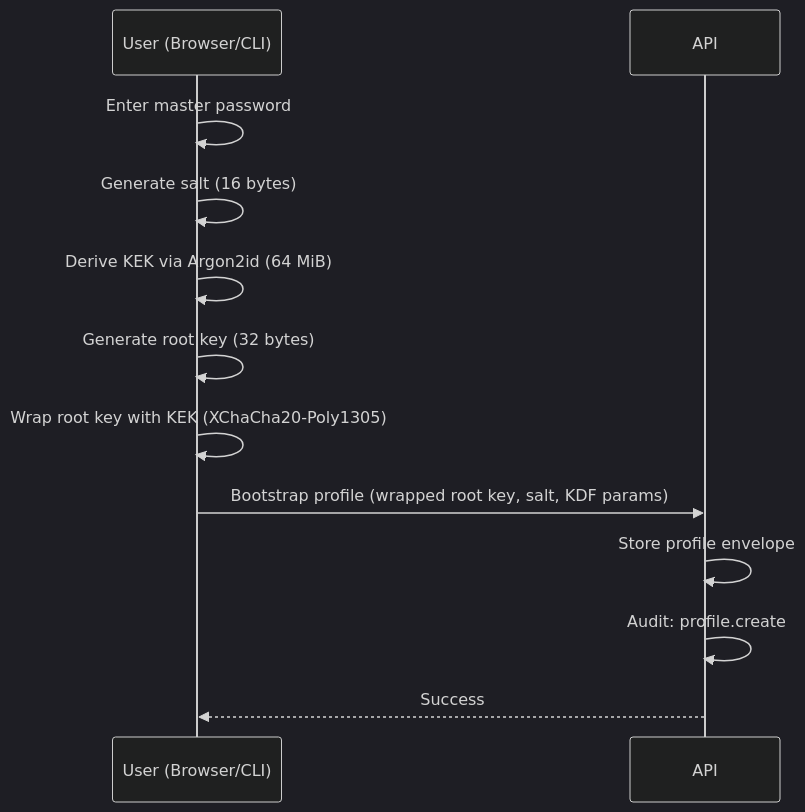
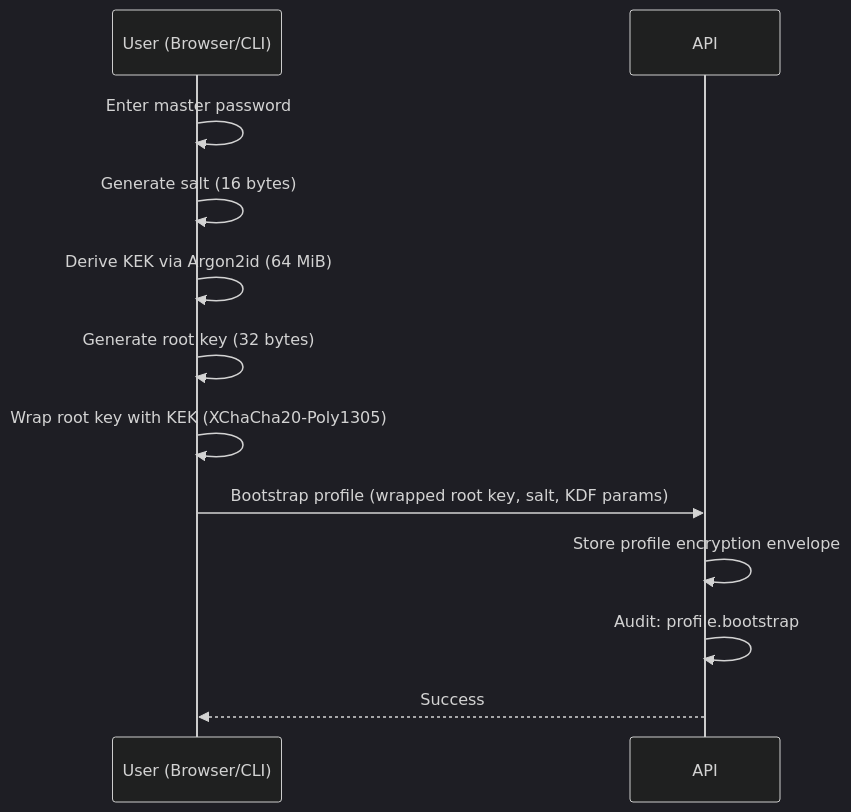
One commit to punitarani/abadge changed the ninth of 16 diagrams in apps/docs/workflows/flows.mdx. Above: the diagram before and after it, drawn with Mermaid (dark theme). The commit also changed other lines of this file and 217 other files, not shown here.

````diff
--- a/apps/docs/workflows/flows.mdx
+++ b/apps/docs/workflows/flows.mdx
@@ -177,15 +206,15 @@
 ```mermaid
 sequenceDiagram
   participant User as User (Browser/CLI)
   participant API as API
 
   User->>User: Enter master password
   User->>User: Generate salt (16 bytes)
   User->>User: Derive KEK via Argon2id (64 MiB)
   User->>User: Generate root key (32 bytes)
   User->>User: Wrap root key with KEK (XChaCha20-Poly1305)
   User->>API: Bootstrap profile (wrapped root key, salt, KDF params)
-  API->>API: Store profile envelope
-  API->>API: Audit: profile.create
+  API->>API: Store profile encryption envelope
+  API->>API: Audit: profile.bootstrap
   API-->>User: Success
 ```
````
